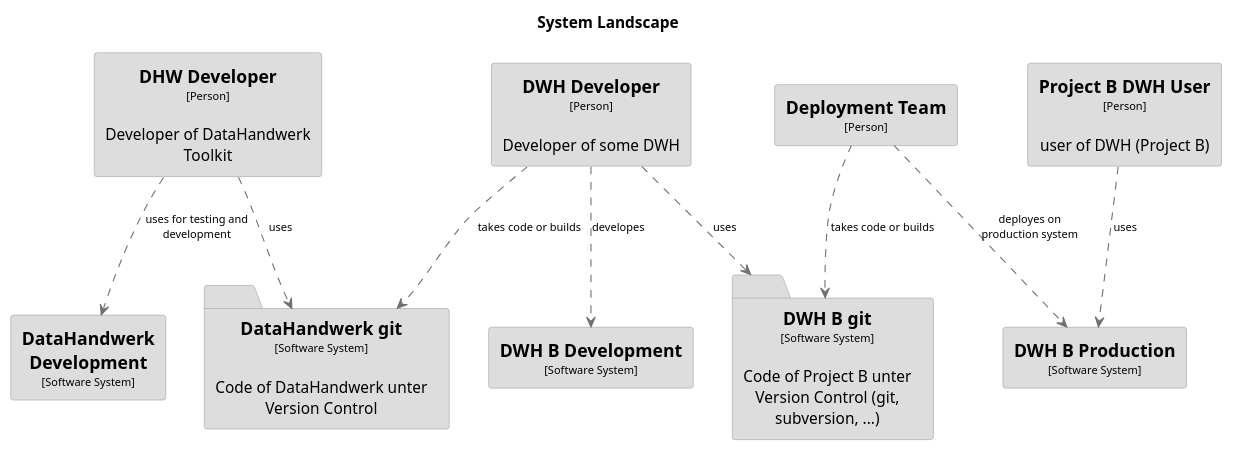
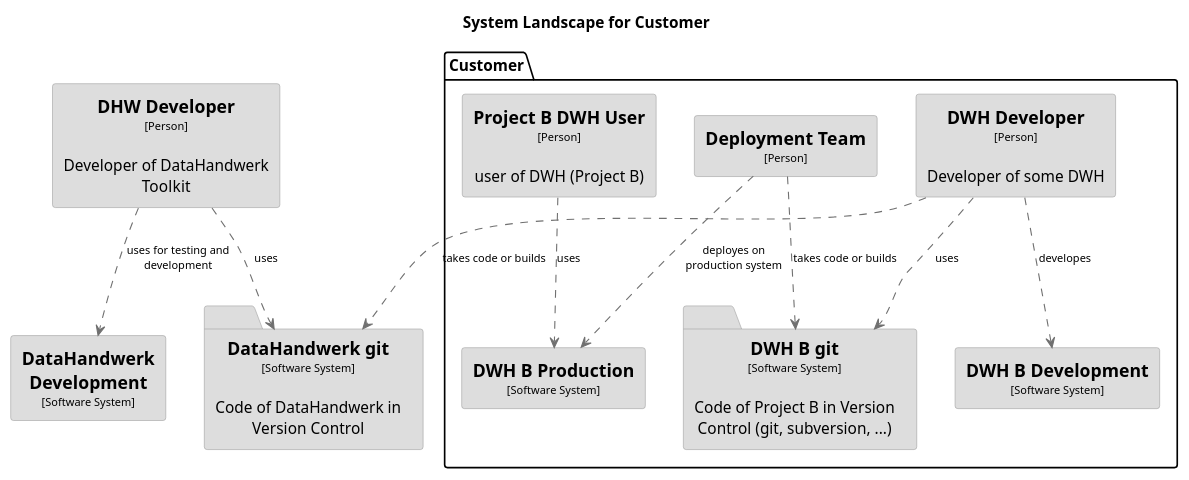
The diagram in docs/src/c4_dsl/puml/structurizr-SystemLandscape.puml (DataHandwerk/DataHandwerk-toolkit-mssql), drawn with PlantUML before and after one commit. The commit also changed 36 other files, not shown here.

Commit message:
structurizr diagrams used in documentation

```diff
--- a/docs/src/c4_dsl/puml/structurizr-SystemLandscape.puml
+++ b/docs/src/c4_dsl/puml/structurizr-SystemLandscape.puml
@@ -1,75 +1,77 @@
 @startuml(id=SystemLandscape)
-title System Landscape
+title System Landscape for Customer
 
 skinparam {
   shadowing false
   arrowFontSize 10
   defaultTextAlignment center
   wrapWidth 200
   maxMessageSize 100
 }
 hide stereotype
 top to bottom direction
+skinparam folder<<22>> {
+  BackgroundColor #dddddd
+  FontColor #000000
+  BorderColor #9A9A9A
+}
 skinparam rectangle<<1>> {
+  BackgroundColor #dddddd
+  FontColor #000000
+  BorderColor #9A9A9A
+}
+skinparam rectangle<<23>> {
+  BackgroundColor #dddddd
+  FontColor #000000
+  BorderColor #9A9A9A
+}
+skinparam rectangle<<24>> {
   BackgroundColor #dddddd
   FontColor #000000
   BorderColor #9A9A9A
 }
 skinparam rectangle<<2>> {
   BackgroundColor #dddddd
   FontColor #000000
   BorderColor #9A9A9A
 }
-skinparam rectangle<<25>> {
+skinparam rectangle<<3>> {
   BackgroundColor #dddddd
   FontColor #000000
   BorderColor #9A9A9A
 }
-skinparam folder<<5>> {
+skinparam rectangle<<4>> {
   BackgroundColor #dddddd
   FontColor #000000
   BorderColor #9A9A9A
 }
 skinparam folder<<27>> {
   BackgroundColor #dddddd
   FontColor #000000
   BorderColor #9A9A9A
 }
-skinparam rectangle<<6>> {
+skinparam rectangle<<20>> {
   BackgroundColor #dddddd
   FontColor #000000
   BorderColor #9A9A9A
 }
-skinparam rectangle<<7>> {
-  BackgroundColor #dddddd
-  FontColor #000000
-  BorderColor #9A9A9A
+rectangle "==DHW Developer\n<size:10>[Person]</size>\n\nDeveloper of DataHandwerk Toolkit" <<23>> as 23
+rectangle "==DataHandwerk Development\n<size:10>[Software System]</size>" <<24>> as 24
+folder "==DataHandwerk git\n<size:10>[Software System]</size>\n\nCode of DataHandwerk in Version Control" <<27>> as 27
+package "Customer" {
+  rectangle "==DWH Developer\n<size:10>[Person]</size>\n\nDeveloper of some DWH" <<1>> as 1
+  rectangle "==Deployment Team\n<size:10>[Person]</size>" <<2>> as 2
+  rectangle "==Project B DWH User\n<size:10>[Person]</size>\n\nuser of DWH (Project B)" <<3>> as 3
+  rectangle "==DWH B Development\n<size:10>[Software System]</size>" <<4>> as 4
+  rectangle "==DWH B Production\n<size:10>[Software System]</size>" <<20>> as 20
+  folder "==DWH B git\n<size:10>[Software System]</size>\n\nCode of Project B in Version Control (git, subversion, ...)" <<22>> as 22
 }
-skinparam rectangle<<8>> {
-  BackgroundColor #dddddd
-  FontColor #000000
-  BorderColor #9A9A9A
-}
-skinparam rectangle<<9>> {
-  BackgroundColor #dddddd
-  FontColor #000000
-  BorderColor #9A9A9A
-}
-rectangle "==DHW Developer\n<size:10>[Person]</size>\n\nDeveloper of DataHandwerk Toolkit" <<1>> as 1
-rectangle "==DWH Developer\n<size:10>[Person]</size>\n\nDeveloper of some DWH" <<6>> as 6
-rectangle "==Deployment Team\n<size:10>[Person]</size>" <<7>> as 7
-rectangle "==Project B DWH User\n<size:10>[Person]</size>\n\nuser of DWH (Project B)" <<8>> as 8
-rectangle "==DWH B Development\n<size:10>[Software System]</size>" <<9>> as 9
-rectangle "==DWH B Production\n<size:10>[Software System]</size>" <<25>> as 25
-folder "==DWH B git\n<size:10>[Software System]</size>\n\nCode of Project B unter Version Control (git, subversion, ...)" <<27>> as 27
-rectangle "==DataHandwerk Development\n<size:10>[Software System]</size>" <<2>> as 2
-folder "==DataHandwerk git\n<size:10>[Software System]</size>\n\nCode of DataHandwerk unter Version Control" <<5>> as 5
-1 .[#707070].> 2 : "uses for testing and development"
-1 .[#707070].> 5 : "uses"
-6 .[#707070].> 9 : "developes"
-6 .[#707070].> 27 : "uses"
-6 .[#707070].> 5 : "takes code or builds"
-7 .[#707070].> 25 : "deployes on production system"
-7 .[#707070].> 27 : "takes code or builds"
-8 .[#707070].> 25 : "uses"
+23 .[#707070].> 24 : "uses for testing and development"
+23 .[#707070].> 27 : "uses"
+1 .[#707070].> 4 : "developes"
+1 .[#707070].> 22 : "uses"
+1 .[#707070].> 27 : "takes code or builds"
+2 .[#707070].> 20 : "deployes on production system"
+2 .[#707070].> 22 : "takes code or builds"
+3 .[#707070].> 20 : "uses"
 @enduml
```
